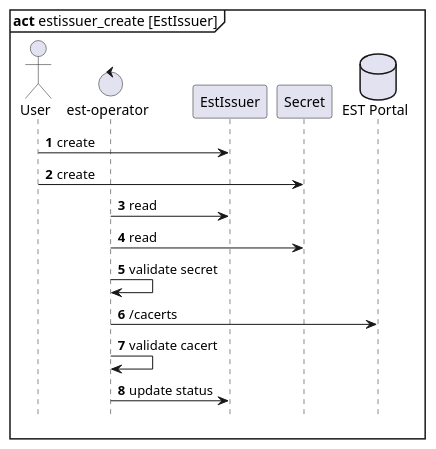
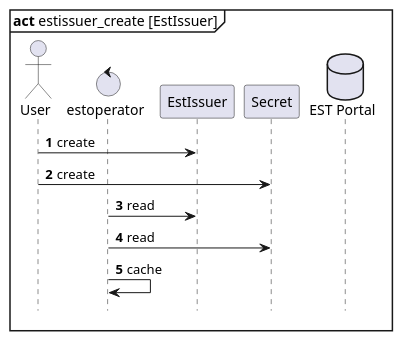
The second of 5 diagrams in docs/DESIGN.org (mitre/est-operator), drawn with PlantUML before and after one commit. The commit also changed other lines of this file and 27 other files, not shown here.

```diff
--- a/docs/DESIGN.org
+++ b/docs/DESIGN.org
@@ -81,18 +74,15 @@
 #+BEGIN_SRC plantuml :file images/act-estissuer.png :cache yes :results drawer :post caption_wrap("~EstIssuer~ / ~EstClusterIssuer~ activity", *this*)
 hide footbox
 autonumber
 mainframe **act** estissuer_create [EstIssuer]
 actor User
-control "est-operator" as estoperator
+control "estoperator" as estoperator
 participant EstIssuer
 participant Secret
 database "EST Portal" as estportal
 User -> EstIssuer : create
 User -> Secret : create
 estoperator -> EstIssuer : read
 estoperator -> Secret : read
-estoperator -> estoperator : validate secret
-estoperator -> estportal : /cacerts
-estoperator -> estoperator : validate cacert
-estoperator -> EstIssuer : update status
+estoperator -> estoperator : cache
 #+END_SRC
```
